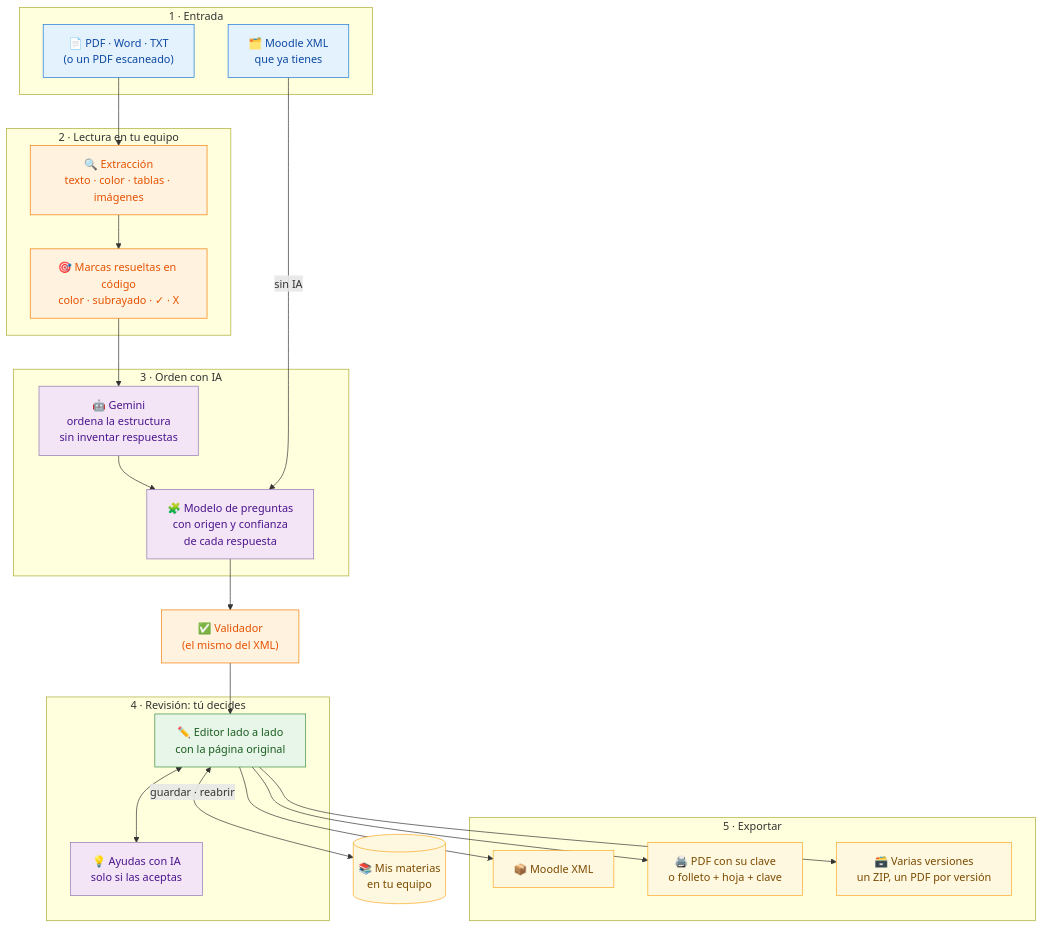
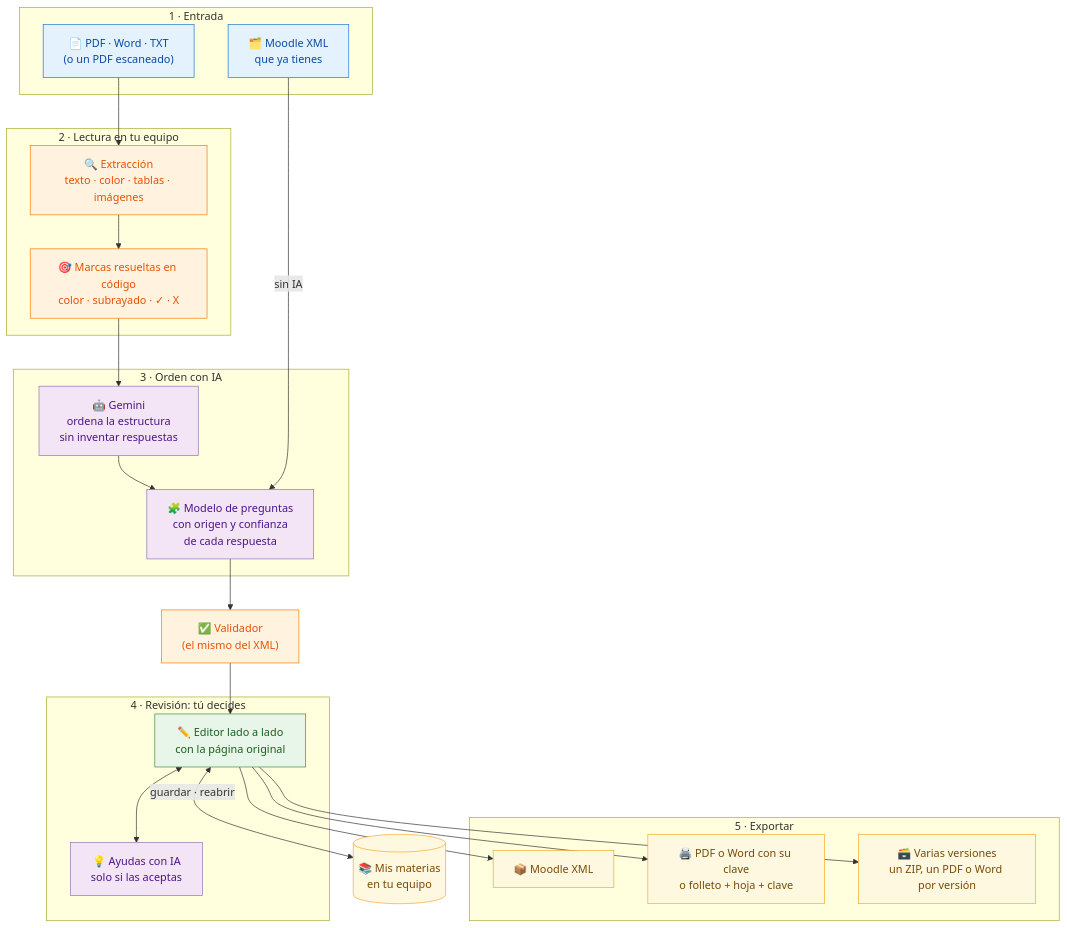
The diagram in README.md (CesarUTP/TRANSFORMADOR-PDF-A-MOODLE), drawn with Mermaid before and after one commit. The commit also changed other lines of this file and 85 other files, not shown here.

First line of the commit message:
Versión 2.8: exportar el examen también en Word

````diff
--- a/README.md
+++ b/README.md
@@ -37,45 +37,45 @@
 ```mermaid
 flowchart TB
     subgraph ENTRADA["1 · Entrada"]
         A1["📄 PDF · Word · TXT<br/>(o un PDF escaneado)"]
         A2["🗂️ Moodle XML<br/>que ya tienes"]
     end
     subgraph LECTURA["2 · Lectura en tu equipo"]
         B["🔍 Extracción<br/>texto · color · tablas · imágenes"]
         B2["🎯 Marcas resueltas en código<br/>color · subrayado · ✓ · X"]
     end
     subgraph IA["3 · Orden con IA"]
         C["🤖 Gemini<br/>ordena la estructura<br/>sin inventar respuestas"]
         C2["🧩 Modelo de preguntas<br/>con origen y confianza<br/>de cada respuesta"]
     end
     D["✅ Validador<br/>(el mismo del XML)"]
     subgraph REV["4 · Revisión: tú decides"]
         E["✏️ Editor lado a lado<br/>con la página original"]
         E2["💡 Ayudas con IA<br/>solo si las aceptas"]
     end
     subgraph SALIDA["5 · Exportar"]
         G["📦 Moodle XML"]
-        H["🖨️ PDF con su clave<br/>o folleto + hoja + clave"]
-        I["🗃️ Varias versiones<br/>un ZIP, un PDF por versión"]
+        H["🖨️ PDF o Word con su clave<br/>o folleto + hoja + clave"]
+        I["🗃️ Varias versiones<br/>un ZIP, un PDF o Word por versión"]
     end
     J[("📚 Mis materias<br/>en tu equipo")]
 
     A1 --> B --> B2 --> C --> C2 --> D --> E
     A2 -->|"sin IA"| C2
     E <--> E2
     E --> G
     E --> H
     E --> I
     E <-->|"guardar · reabrir"| J
 
     classDef entrada fill:#e3f2fd,stroke:#1976d2,color:#0d47a1
     classDef ia fill:#f3e5f5,stroke:#8e75b2,color:#4a148c
     classDef codigo fill:#fff3e0,stroke:#f57c00,color:#e65100
     classDef revision fill:#e8f5e9,stroke:#388e3c,color:#1b5e20
     classDef salida fill:#fff8e1,stroke:#f9a825,color:#7a4a00
     class A1,A2 entrada
     class C,C2,E2 ia
     class B,B2,D codigo
     class E revision
     class G,H,I,J salida
 ```
````
